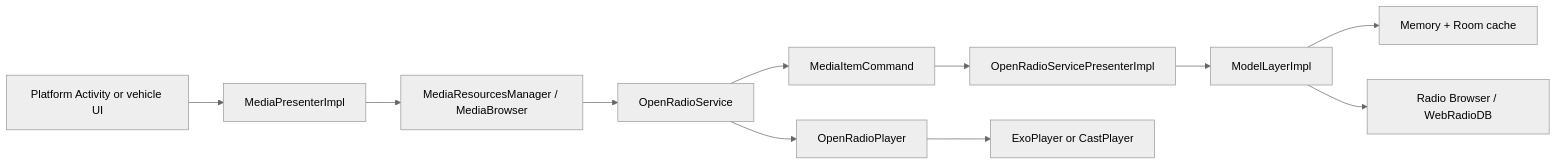
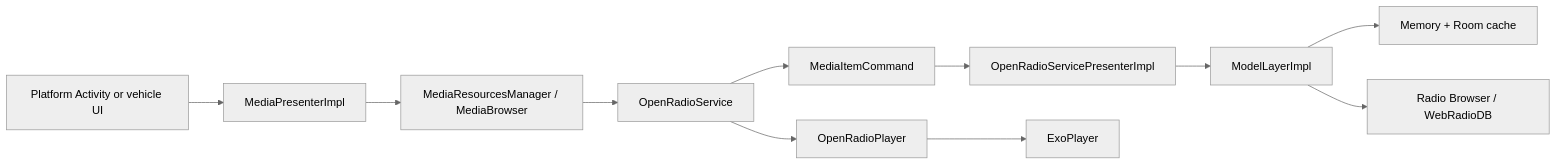
The diagram in doc/project-overview.md (jcszymansk/freenetradio), drawn with Mermaid (neutral theme) before and after one commit. The commit also changed other lines of this file and 59 other files, not shown here.

````diff
--- a/doc/project-overview.md
+++ b/doc/project-overview.md
@@ -43,25 +43,25 @@
 ```mermaid
 flowchart LR
     UI["Platform Activity or vehicle UI"]
     Presenter["MediaPresenterImpl"]
     Browser["MediaResourcesManager / MediaBrowser"]
     Service["OpenRadioService"]
     Command["MediaItemCommand"]
     ServicePresenter["OpenRadioServicePresenterImpl"]
     Model["ModelLayerImpl"]
     Provider["Radio Browser / WebRadioDB"]
     Cache["Memory + Room cache"]
     Player["OpenRadioPlayer"]
-    Output["ExoPlayer or CastPlayer"]
+    Output["ExoPlayer"]
 
     UI --> Presenter
     Presenter --> Browser
     Browser --> Service
     Service --> Command
     Command --> ServicePresenter
     ServicePresenter --> Model
     Model --> Cache
     Model --> Provider
     Service --> Player
     Player --> Output
 ```
````
